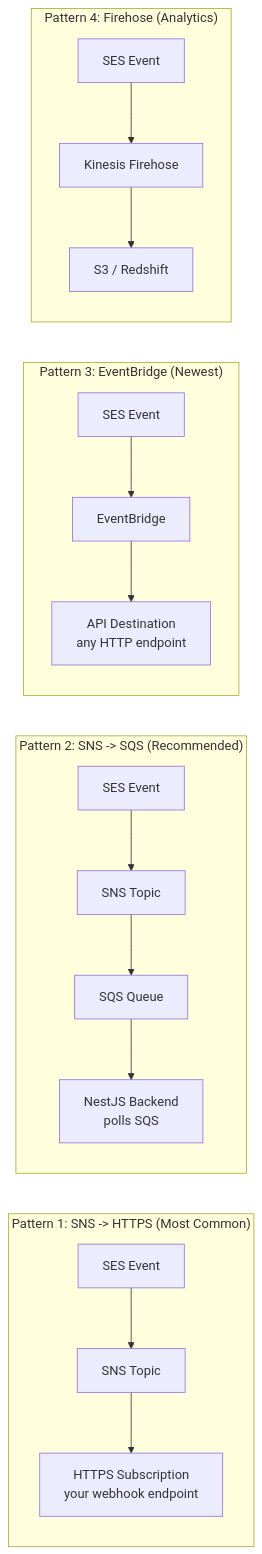
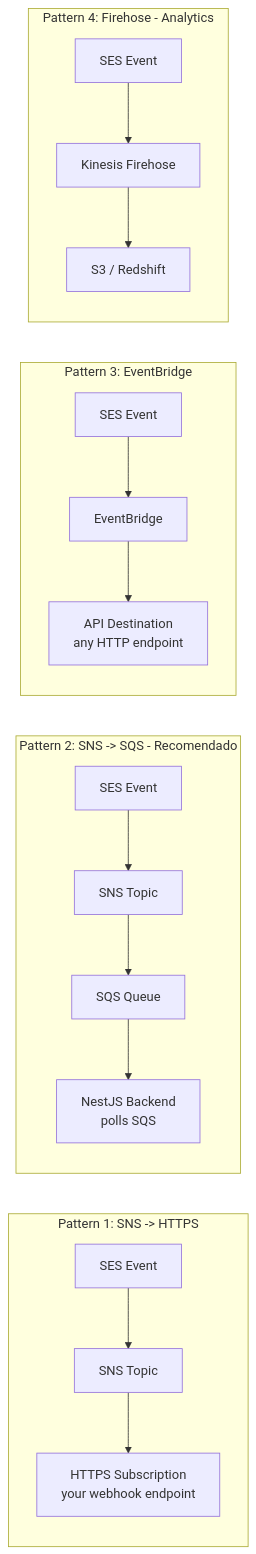
One commit to diego-serrano-kenility/omni-mail-channel-research changed the second of 6 diagrams in findings-amazon-ses.md. Above: the diagram before and after it, drawn with Mermaid. The commit also changed other lines of this file and 8 other files, not shown here.

````diff
--- a/findings-amazon-ses.md
+++ b/findings-amazon-ses.md
@@ -349,15 +386,18 @@
 ```mermaid
 flowchart LR
-    subgraph p1 ["Pattern 1: SNS -> HTTPS (Most Common)"]
-        SES1["SES Event"] --> SNS1["SNS Topic"] --> HTTPS1["HTTPS Subscription<br/>your webhook endpoint"]
+    subgraph p1 ["Pattern 1: SNS -> HTTPS"]
+        SES1["SES Event"] --> SNS1["SNS Topic"] --> HTTPS1["HTTPS Subscription
+        your webhook endpoint"]
     end
-    subgraph p2 ["Pattern 2: SNS -> SQS (Recommended)"]
-        SES2["SES Event"] --> SNS2["SNS Topic"] --> SQS2["SQS Queue"] --> NestJS2["NestJS Backend<br/>polls SQS"]
+    subgraph p2 ["Pattern 2: SNS -> SQS - Recomendado"]
+        SES2["SES Event"] --> SNS2["SNS Topic"] --> SQS2["SQS Queue"] --> NestJS2["NestJS Backend
+        polls SQS"]
     end
-    subgraph p3 ["Pattern 3: EventBridge (Newest)"]
-        SES3["SES Event"] --> EB3["EventBridge"] --> API3["API Destination<br/>any HTTP endpoint"]
+    subgraph p3 ["Pattern 3: EventBridge"]
+        SES3["SES Event"] --> EB3["EventBridge"] --> API3["API Destination
+        any HTTP endpoint"]
     end
-    subgraph p4 ["Pattern 4: Firehose (Analytics)"]
+    subgraph p4 ["Pattern 4: Firehose - Analytics"]
         SES4["SES Event"] --> KF4["Kinesis Firehose"] --> S3R4["S3 / Redshift"]
     end
 ```
````
